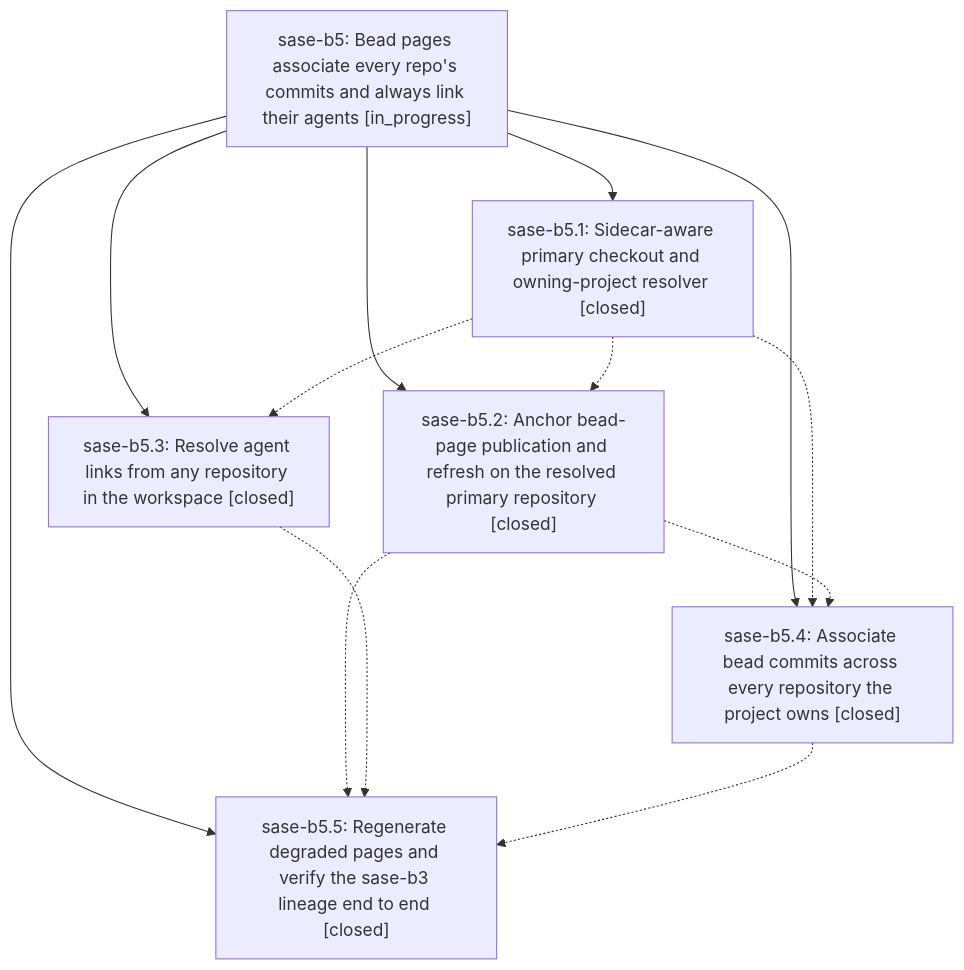
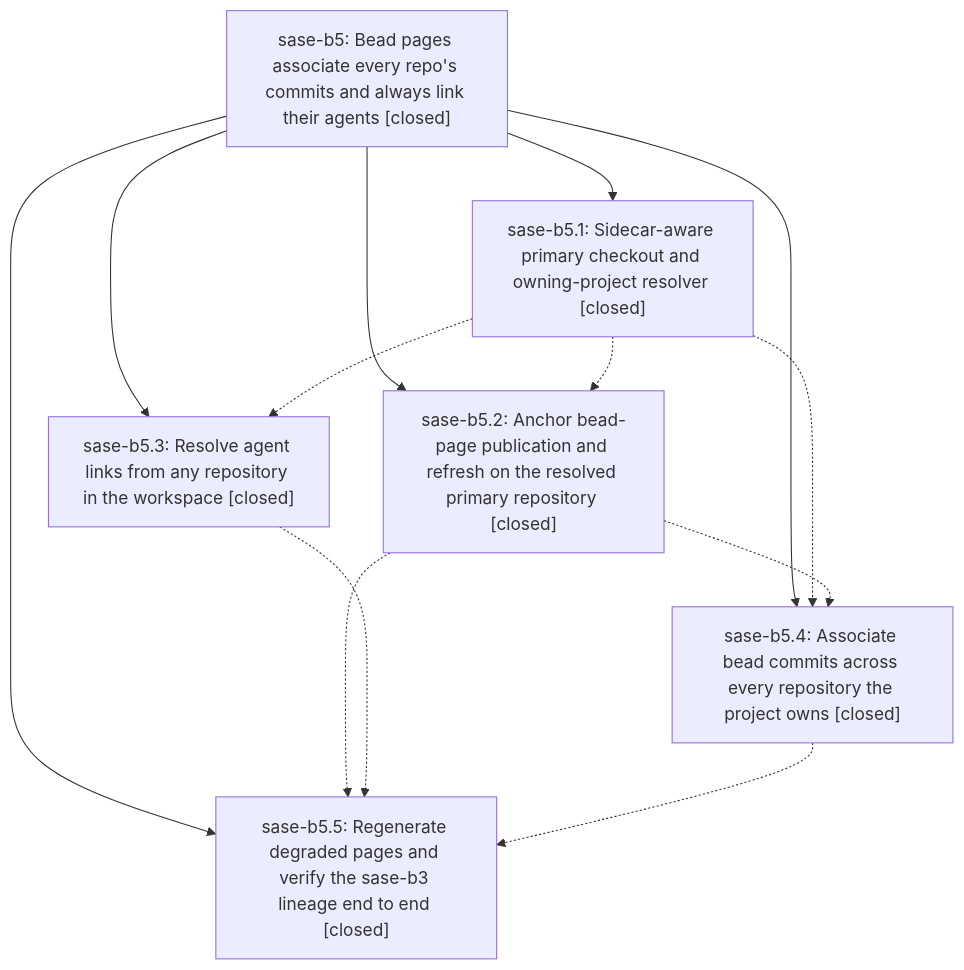
One commit to sase-org/sase--beads changed the diagram in pages/sase-b5/README.md. Above: the diagram before and after it, drawn with Mermaid. The commit also changed other lines of this file and 5 other files, not shown here.

First line of the commit message:
chore(beads): sync bead state and pages for sase-b5

````diff
--- a/pages/sase-b5/README.md
+++ b/pages/sase-b5/README.md
@@ -26,21 +30,21 @@
 ```mermaid
 flowchart TD
-    n0["sase-b5: Bead pages associate every repo's commits and always link their agents [in_progress]"]
+    n0["sase-b5: Bead pages associate every repo's commits and always link their agents [closed]"]
     n1["sase-b5.1: Sidecar-aware primary checkout and owning-project resolver [closed]"]
     n2["sase-b5.2: Anchor bead-page publication and refresh on the resolved primary repository [closed]"]
     n3["sase-b5.3: Resolve agent links from any repository in the workspace [closed]"]
     n4["sase-b5.4: Associate bead commits across every repository the project owns [closed]"]
     n5["sase-b5.5: Regenerate degraded pages and verify the sase-b3 lineage end to end [closed]"]
     n0 --> n1
     n0 --> n2
     n0 --> n3
     n0 --> n4
     n0 --> n5
     n1 -.-> n2
     n1 -.-> n3
     n1 -.-> n4
     n2 -.-> n4
     n2 -.-> n5
     n3 -.-> n5
     n4 -.-> n5
 ```
````
